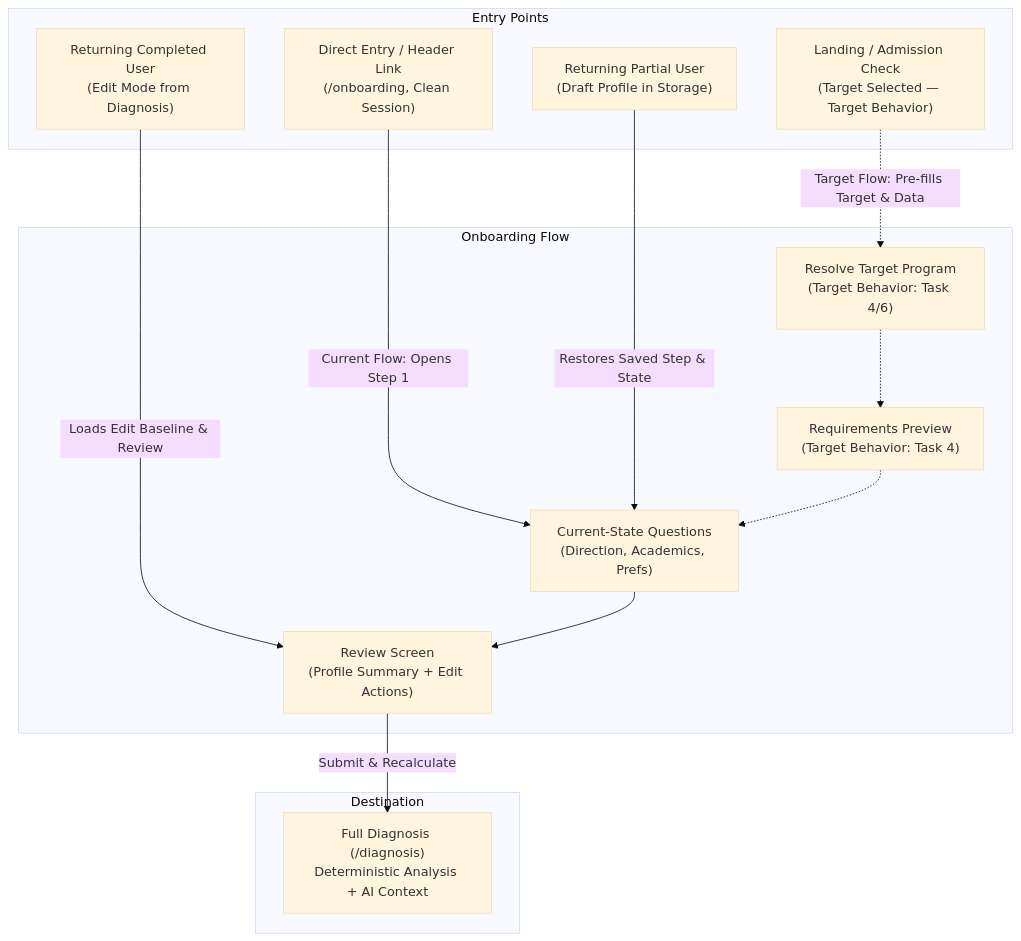
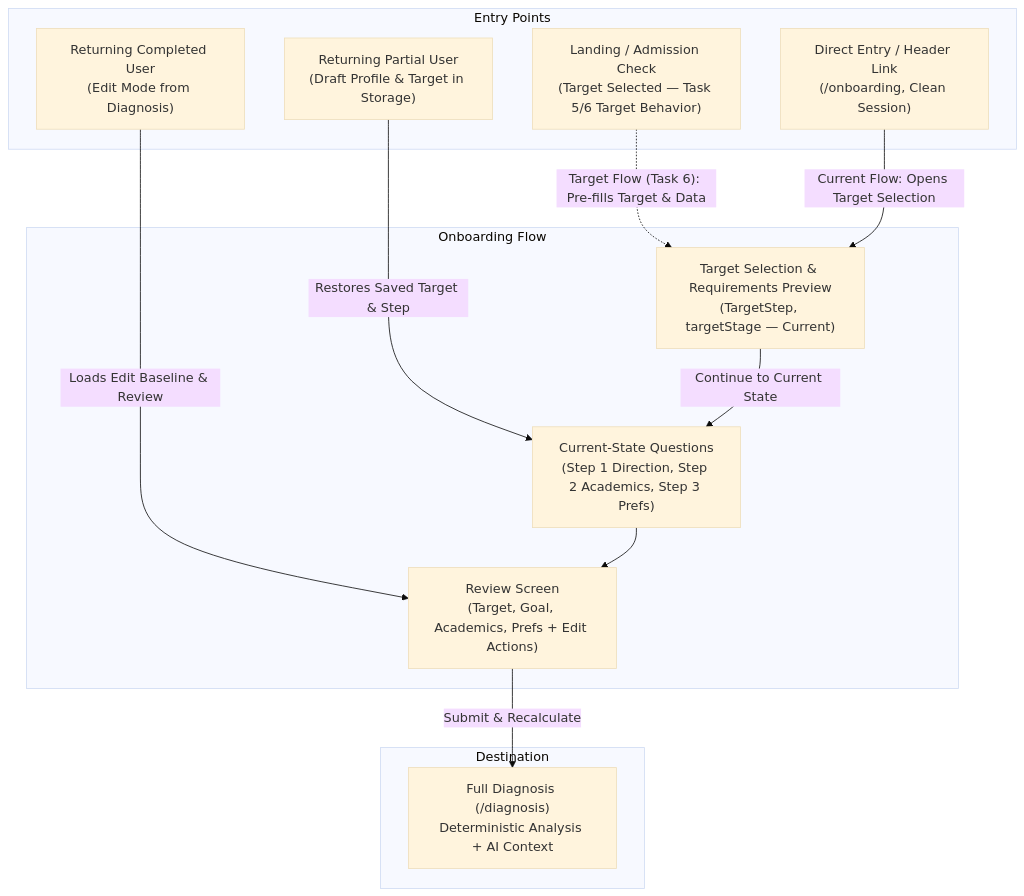
The diagram in docs/ONBOARDING_SPEC.md (Fortech-edu/fortech-edu), drawn with Mermaid (base theme) before and after one commit. The commit also changed other lines of this file, not shown here.

Commit message:
docs: sync onboarding spec with task 4 goal-first implementation

````diff
--- a/docs/ONBOARDING_SPEC.md
+++ b/docs/ONBOARDING_SPEC.md
@@ -120,30 +134,28 @@
 ```mermaid
 flowchart TD
     subgraph Entry Points
-        A["Landing / Admission Check<br/>(Target Selected — Target Behavior)"]
+        A["Landing / Admission Check<br/>(Target Selected — Task 5/6 Target Behavior)"]
         B["Direct Entry / Header Link<br/>(/onboarding, Clean Session)"]
-        C["Returning Partial User<br/>(Draft Profile in Storage)"]
+        C["Returning Partial User<br/>(Draft Profile & Target in Storage)"]
         D["Returning Completed User<br/>(Edit Mode from Diagnosis)"]
     end
 
     subgraph Onboarding Flow
-        E["Resolve Target Program<br/>(Target Behavior: Task 4/6)"]
-        F["Requirements Preview<br/>(Target Behavior: Task 4)"]
-        G["Current-State Questions<br/>(Direction, Academics, Prefs)"]
-        H["Review Screen<br/>(Profile Summary + Edit Actions)"]
+        E["Target Selection & Requirements Preview<br/>(TargetStep, targetStage — Current)"]
+        F["Current-State Questions<br/>(Step 1 Direction, Step 2 Academics, Step 3 Prefs)"]
+        G["Review Screen<br/>(Target, Goal, Academics, Prefs + Edit Actions)"]
     end
 
     subgraph Destination
-        I["Full Diagnosis (/diagnosis)<br/>Deterministic Analysis + AI Context"]
+        H["Full Diagnosis (/diagnosis)<br/>Deterministic Analysis + AI Context"]
     end
 
-    A -.->|"Target Flow: Pre-fills Target & Data"| E
-    B -->|"Current Flow: Opens Step 1"| G
-    C -->|"Restores Saved Step & State"| G
-    D -->|"Loads Edit Baseline & Review"| H
+    A -.->|"Target Flow (Task 6): Pre-fills Target & Data"| E
+    B -->|"Current Flow: Opens Target Selection"| E
+    C -->|"Restores Saved Target & Step"| F
+    D -->|"Loads Edit Baseline & Review"| G
 
-    E -.-> F
-    F -.-> G
-    G --> H
-    H -->|"Submit & Recalculate"| I
+    E -->|"Continue to Current State"| F
+    F --> G
+    G -->|"Submit & Recalculate"| H
 ```
````
